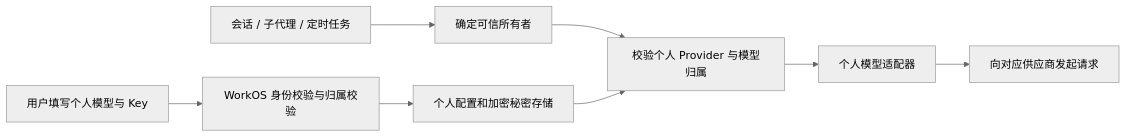
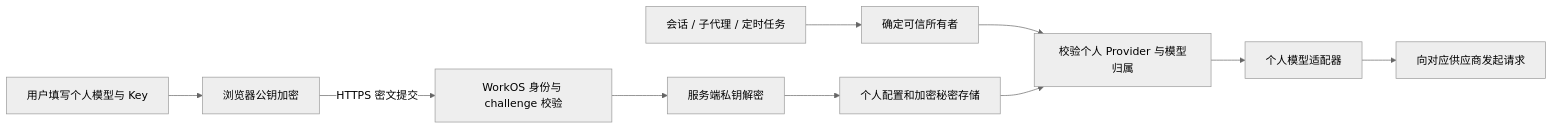
The diagram in docs/user-model-credentials-design.zh-CN.md (gepeiyu/dsh-workos-tenant), drawn with Mermaid (neutral theme) before and after one commit. The commit also changed other lines of this file, not shown here.

Commit message:
docs: require encrypted API key submission over HTTPS

````diff
--- a/docs/user-model-credentials-design.zh-CN.md
+++ b/docs/user-model-credentials-design.zh-CN.md
@@ -63,10 +89,12 @@
 ```mermaid
 flowchart LR
-  UI[用户填写个人模型与 Key] --> API[WorkOS 身份校验与归属校验]
-  API --> STORE[个人配置和加密秘密存储]
+  UI[用户填写个人模型与 Key] --> ENC[浏览器公钥加密]
+  ENC -->|HTTPS 密文提交| API[WorkOS 身份与 challenge 校验]
+  API --> DEC[服务端私钥解密]
+  DEC --> STORE[个人配置和加密秘密存储]
   SESSION[会话 / 子代理 / 定时任务] --> OWNER[确定可信所有者]
   OWNER --> ROUTE[校验个人 Provider 与模型归属]
   STORE --> ROUTE
   ROUTE --> ADAPTER[个人模型适配器]
   ADAPTER --> UPSTREAM[向对应供应商发起请求]
 ```
````
